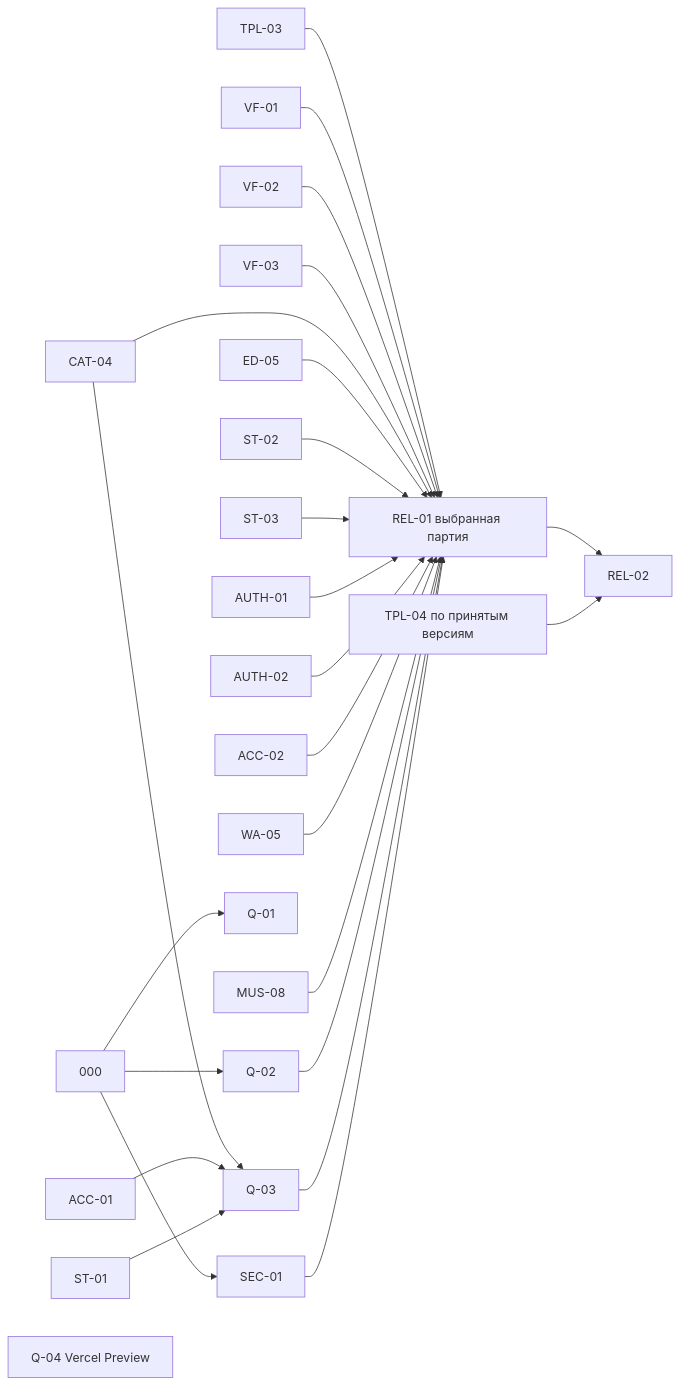
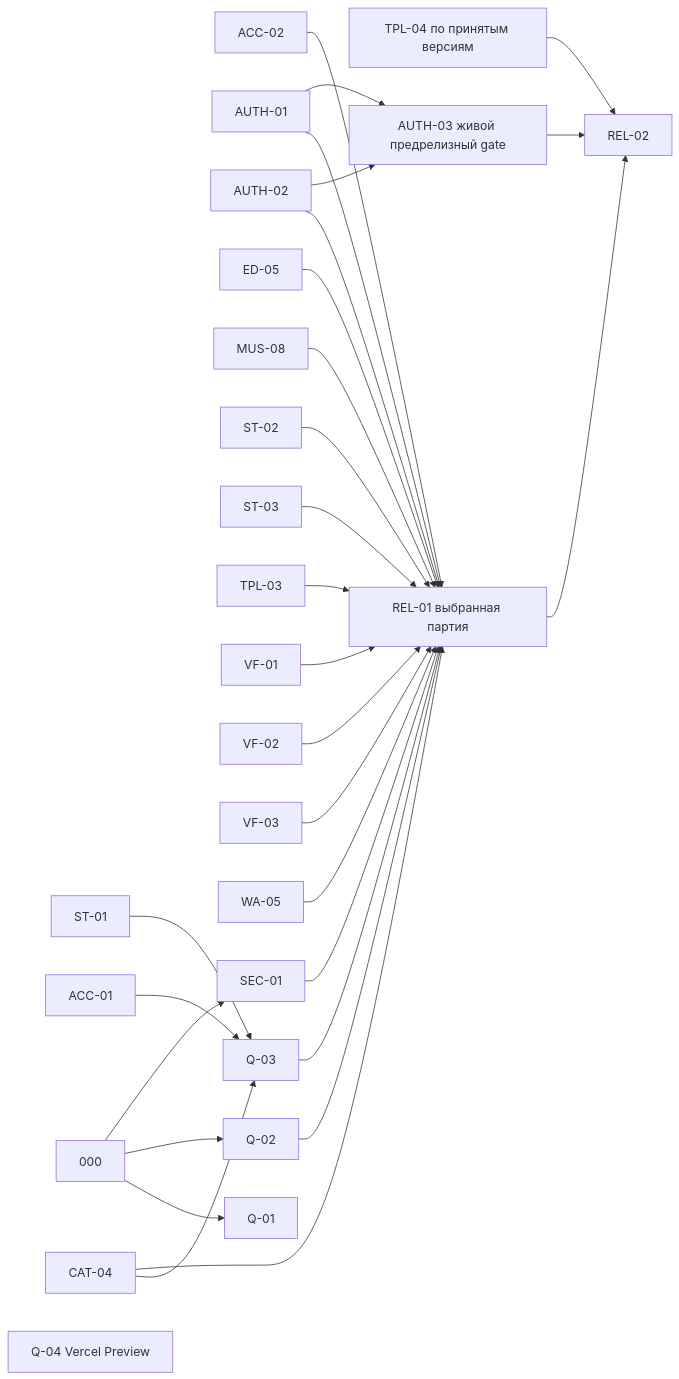
The fourth of 4 diagrams in docs/architecture/EVENTIQ-4.1-MASTER-PLAN.md (akkunov/invito), drawn with Mermaid before and after one commit. The commit also changed other lines of this file and 6 other files, not shown here.

Commit message:
docs: record Windows auth acceptance and gate production on live QA

````diff
--- a/docs/architecture/EVENTIQ-4.1-MASTER-PLAN.md
+++ b/docs/architecture/EVENTIQ-4.1-MASTER-PLAN.md
@@ -200,51 +200,55 @@
 ```mermaid
 flowchart LR
   T000["000"]
   TACC_01["ACC-01"]
   TACC_02["ACC-02"]
   TAUTH_01["AUTH-01"]
   TAUTH_02["AUTH-02"]
   TCAT_04["CAT-04"]
   TED_05["ED-05"]
   TMUS_08["MUS-08"]
   TST_01["ST-01"]
   TST_02["ST-02"]
   TST_03["ST-03"]
   TTPL_03["TPL-03"]
   TTPL_04["TPL-04 по принятым версиям"]
   TVF_01["VF-01"]
   TVF_02["VF-02"]
   TVF_03["VF-03"]
   TWA_05["WA-05"]
   TQ_01["Q-01"]
   TQ_02["Q-02"]
   TQ_03["Q-03"]
   TQ_04["Q-04 Vercel Preview"]
   TSEC_01["SEC-01"]
   TREL_01["REL-01 выбранная партия"]
   TREL_02["REL-02"]
   T000 --> TQ_01
   T000 --> TQ_02
   TCAT_04 --> TQ_03
   TACC_01 --> TQ_03
   TST_01 --> TQ_03
   T000 --> TSEC_01
   TTPL_03 --> TREL_01
   TVF_01 --> TREL_01
   TVF_02 --> TREL_01
   TVF_03 --> TREL_01
   TCAT_04 --> TREL_01
   TED_05 --> TREL_01
   TST_02 --> TREL_01
   TST_03 --> TREL_01
   TAUTH_01 --> TREL_01
   TAUTH_02 --> TREL_01
   TACC_02 --> TREL_01
   TWA_05 --> TREL_01
   TMUS_08 --> TREL_01
   TQ_02 --> TREL_01
   TQ_03 --> TREL_01
   TSEC_01 --> TREL_01
+  TAUTH_03["AUTH-03 живой предрелизный gate"]
+  TAUTH_01 --> TAUTH_03
+  TAUTH_02 --> TAUTH_03
+  TAUTH_03 --> TREL_02
   TREL_01 --> TREL_02
   TTPL_04 --> TREL_02
 ```
````
